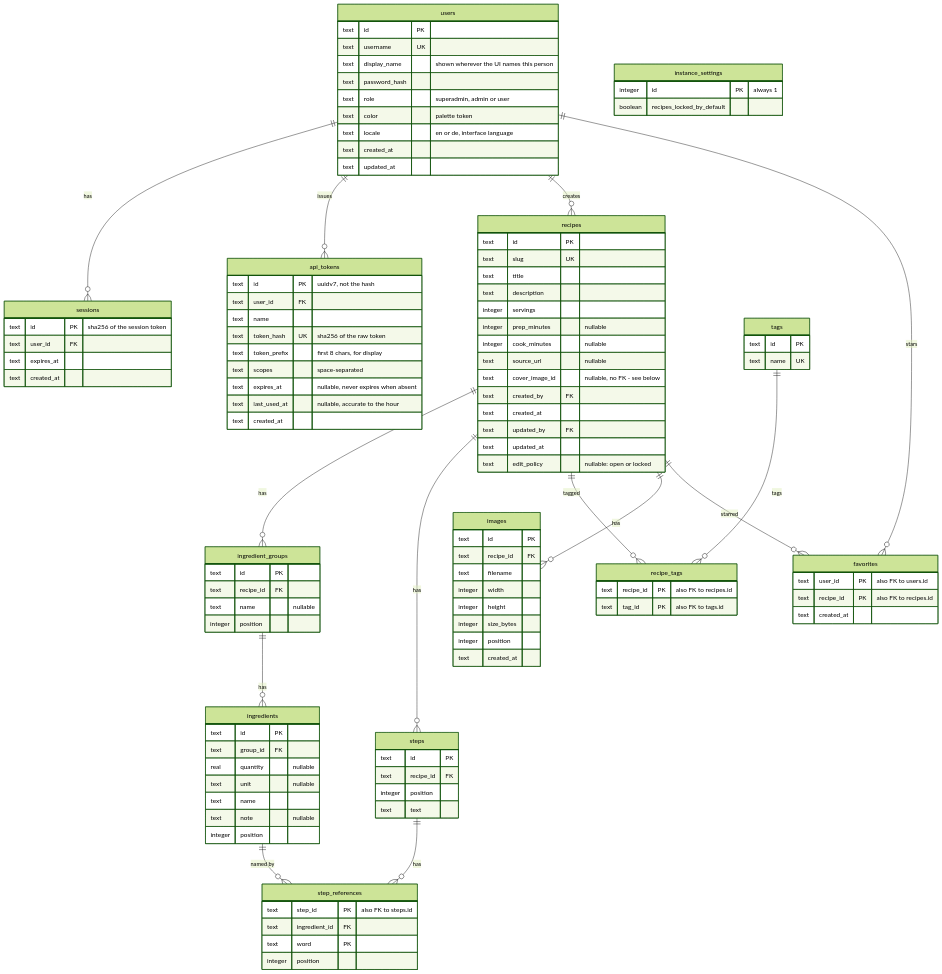
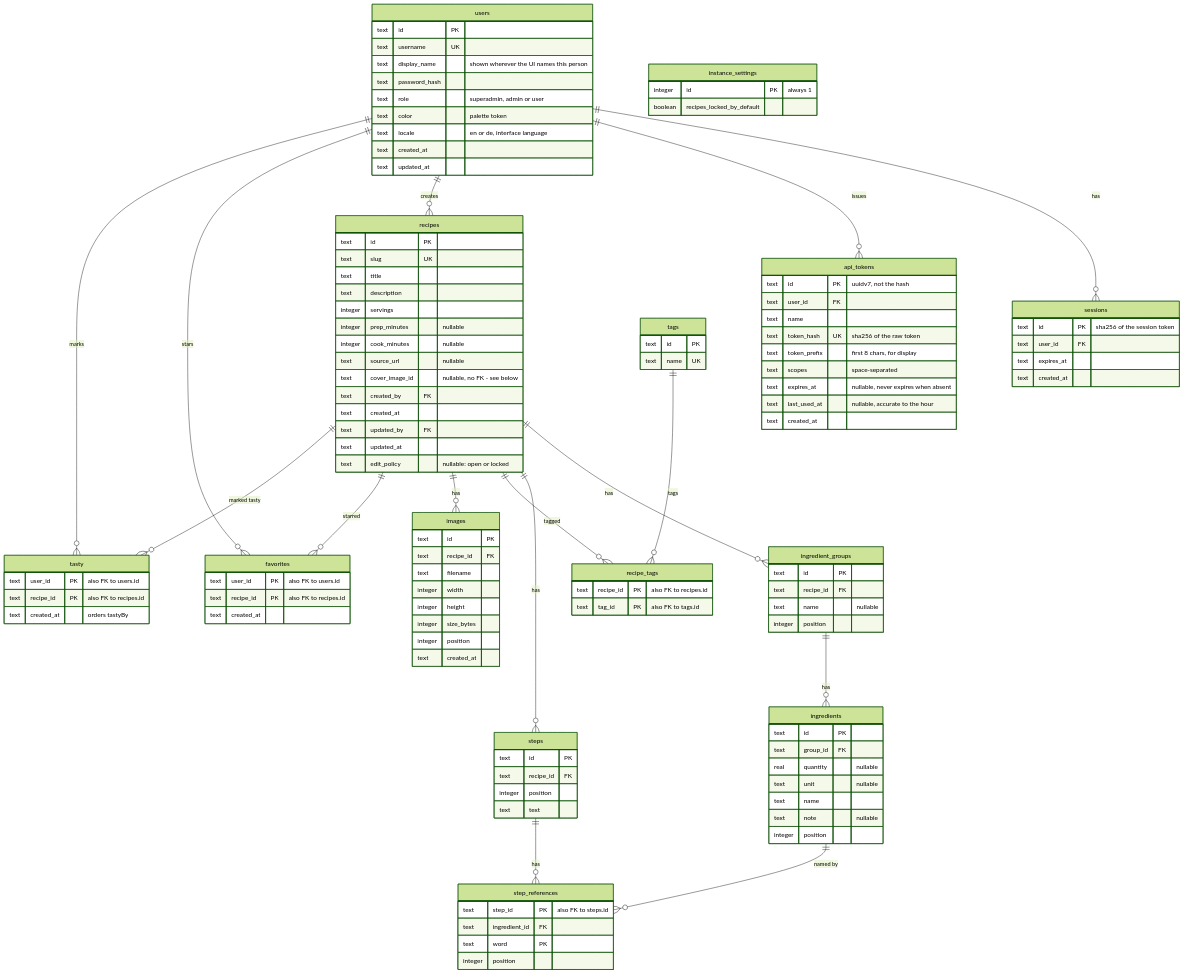
The diagram in docs/memory/content/architecture/data-model.mdx (s-frei/rezepte), drawn with Mermaid (forest theme) before and after one commit. The commit also changed other lines of this file and 10 other files, not shown here.

Commit message:
docs: describe tasty marks and the phone card without a star

```diff
--- a/docs/memory/content/architecture/data-model.mdx
+++ b/docs/memory/content/architecture/data-model.mdx
@@ -18,6 +18,8 @@
   recipes ||--o{ images : has
   users ||--o{ favorites : stars
   recipes ||--o{ favorites : starred
+  users ||--o{ tasty : marks
+  recipes ||--o{ tasty : "marked tasty"
   users {
     text id PK
     text username UK
@@ -106,6 +108,11 @@
     text recipe_id PK "also FK to recipes.id"
     text created_at
   }
+  tasty {
+    text user_id PK "also FK to users.id"
+    text recipe_id PK "also FK to recipes.id"
+    text created_at "orders tastyBy"
+  }
   images {
     text id PK
     text recipe_id FK
```
